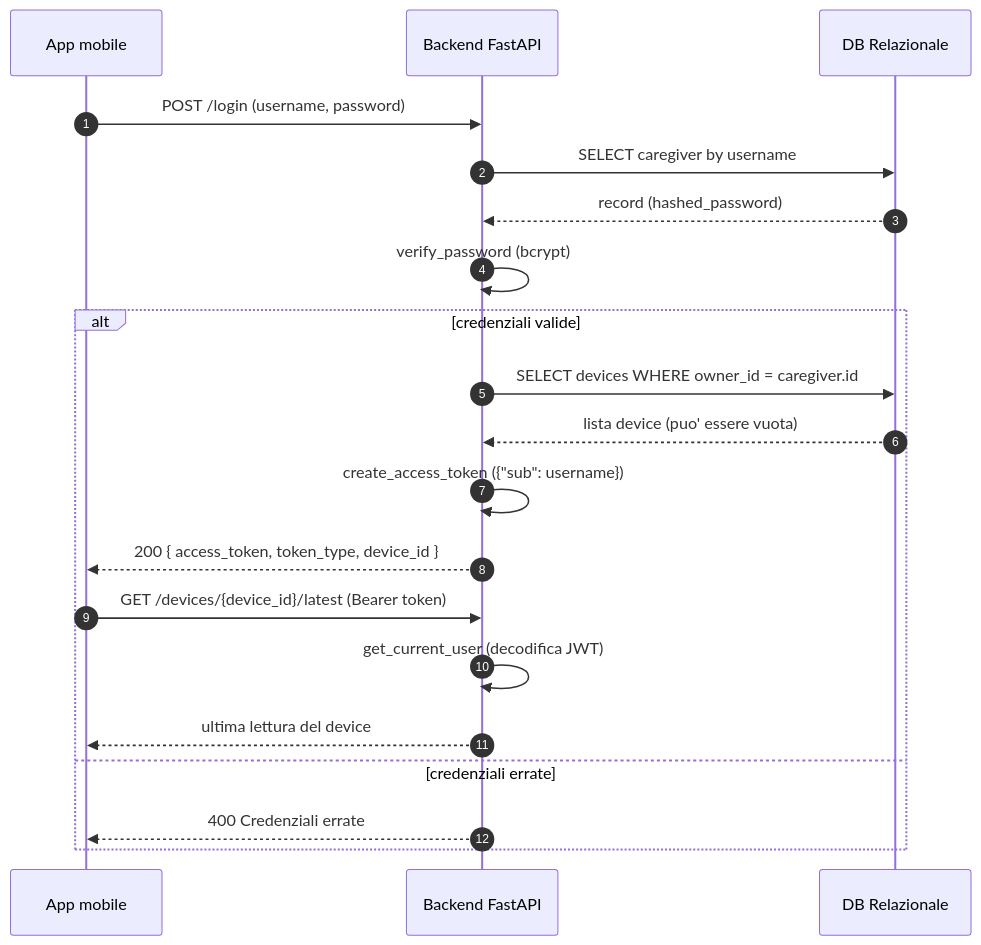
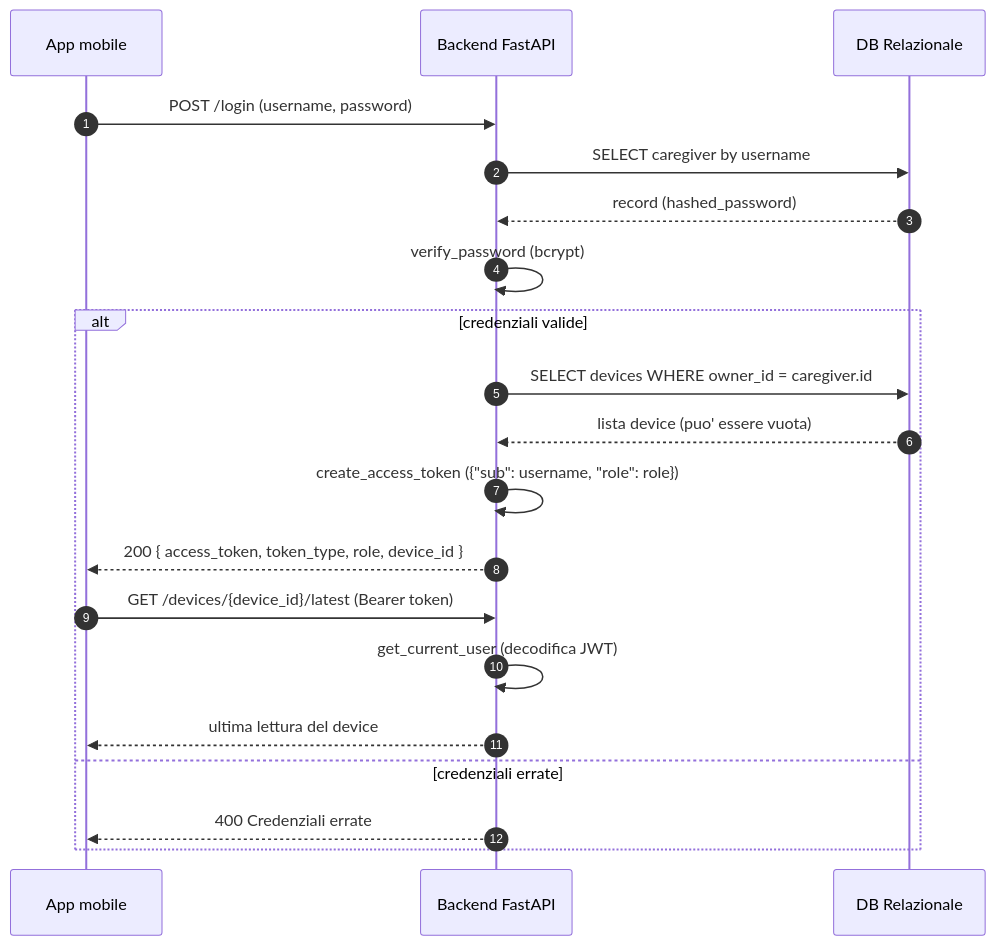
One commit to acrisci05/Alvea changed the second of 3 diagrams in docs/04-sequence.md. Above: the diagram before and after it, drawn with Mermaid. The commit also changed other lines of this file and 3 other files, not shown here.

Commit message:
Aggiornato: documentazione - requisiti RQ-10/RQ-12 implementati, schema E-R con entita' soglie/scheda paziente/audit/push, diagramma sequenza con role, SICUREZZA.md con RBAC/alert/soglie/audit

````diff
--- a/docs/04-sequence.md
+++ b/docs/04-sequence.md
@@ -41,24 +41,24 @@
 ```mermaid
 sequenceDiagram
     autonumber
     participant Client as App mobile
     participant BE as Backend FastAPI
     participant SQ as DB Relazionale
 
     Client->>BE: POST /login (username, password)
     BE->>SQ: SELECT caregiver by username
     SQ-->>BE: record (hashed_password)
     BE->>BE: verify_password (bcrypt)
     
     alt credenziali valide
         BE->>SQ: SELECT devices WHERE owner_id = caregiver.id
         SQ-->>BE: lista device (puo' essere vuota)
-        BE->>BE: create_access_token ({"sub": username})
-        BE-->>Client: 200 { access_token, token_type, device_id }
+        BE->>BE: create_access_token ({"sub": username, "role": role})
+        BE-->>Client: 200 { access_token, token_type, role, device_id }
         Client->>BE: GET /devices/{device_id}/latest (Bearer token)
         BE->>BE: get_current_user (decodifica JWT)
         BE-->>Client: ultima lettura del device
     else credenziali errate
         BE-->>Client: 400 Credenziali errate
     end
 ```
````
